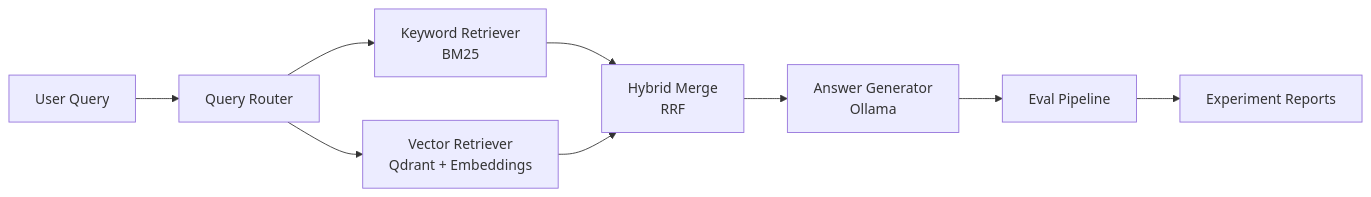
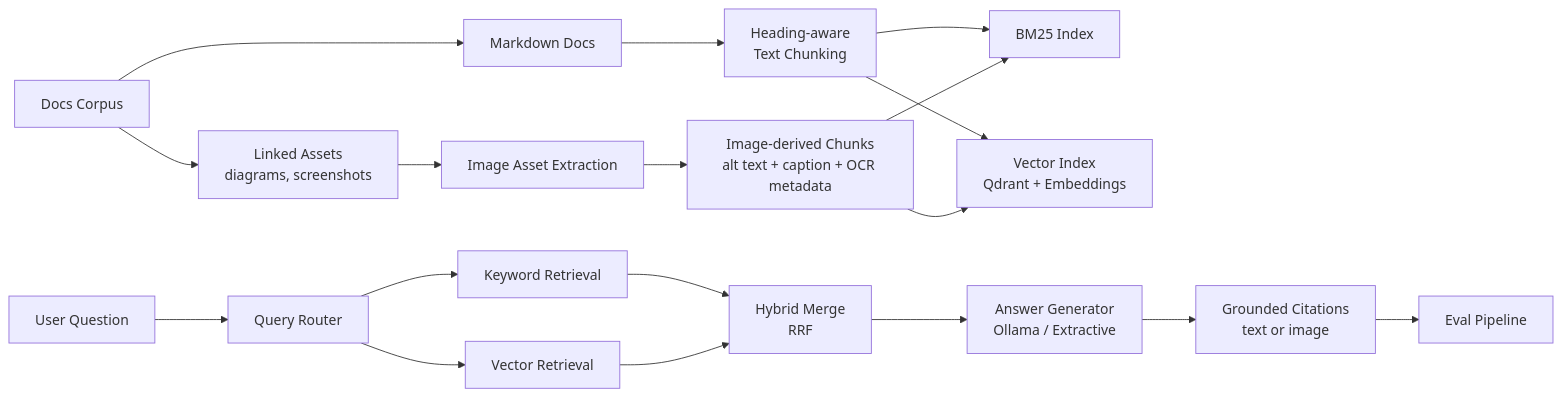
One commit to luxinyue0910/speclens changed the diagram in README.md. Above: the diagram before and after it, drawn with Mermaid. The commit also changed other lines of this file and 20 other files, not shown here.

````diff
--- a/README.md
+++ b/README.md
@@ -20,20 +21,37 @@
 ```mermaid
 flowchart LR
-    A["User Query"]
-    B["Query Router"]
-    C["Keyword Retriever<br/>BM25"]
-    D["Vector Retriever<br/>Qdrant + Embeddings"]
-    E["Hybrid Merge<br/>RRF"]
-    F["Answer Generator<br/>Ollama"]
-    G["Eval Pipeline"]
-    H["Experiment Reports"]
+    A["Docs Corpus"]
+    B["Markdown Docs"]
+    C["Linked Assets<br/>diagrams, screenshots"]
+    D["Heading-aware<br/>Text Chunking"]
+    E["Image Asset Extraction"]
+    F["Image-derived Chunks<br/>alt text + caption + OCR metadata"]
+    G["BM25 Index"]
+    H["Vector Index<br/>Qdrant + Embeddings"]
+    I["User Question"]
+    J["Query Router"]
+    K["Keyword Retrieval"]
+    L["Vector Retrieval"]
+    M["Hybrid Merge<br/>RRF"]
+    N["Answer Generator<br/>Ollama / Extractive"]
+    O["Grounded Citations<br/>text or image"]
+    P["Eval Pipeline"]
 
     A --> B
-    B --> C
+    A --> C
     B --> D
     C --> E
-    D --> E
     E --> F
+    D --> G
+    D --> H
     F --> G
-    G --> H
+    F --> H
+    I --> J
+    J --> K
+    J --> L
+    K --> M
+    L --> M
+    M --> N
+    N --> O
+    O --> P
 ```
````
